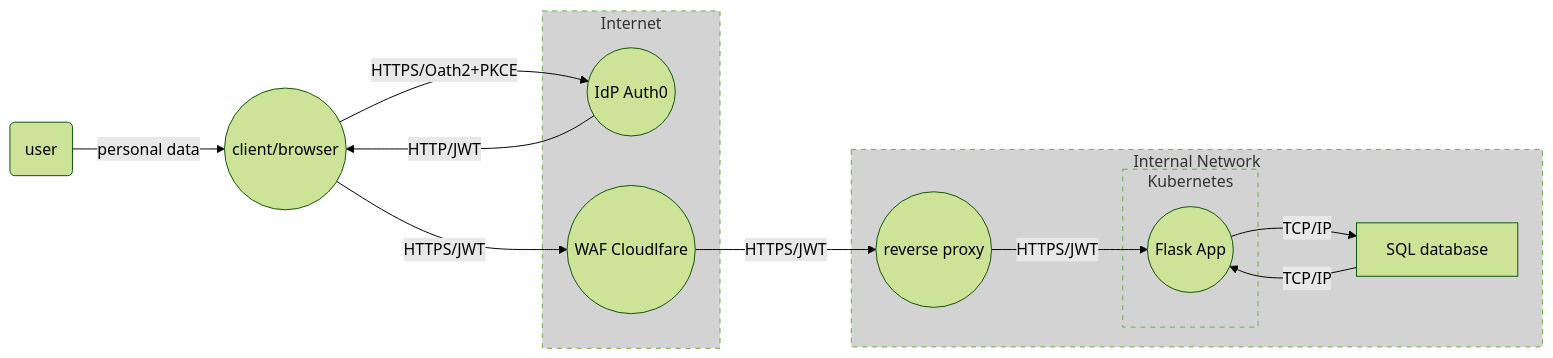
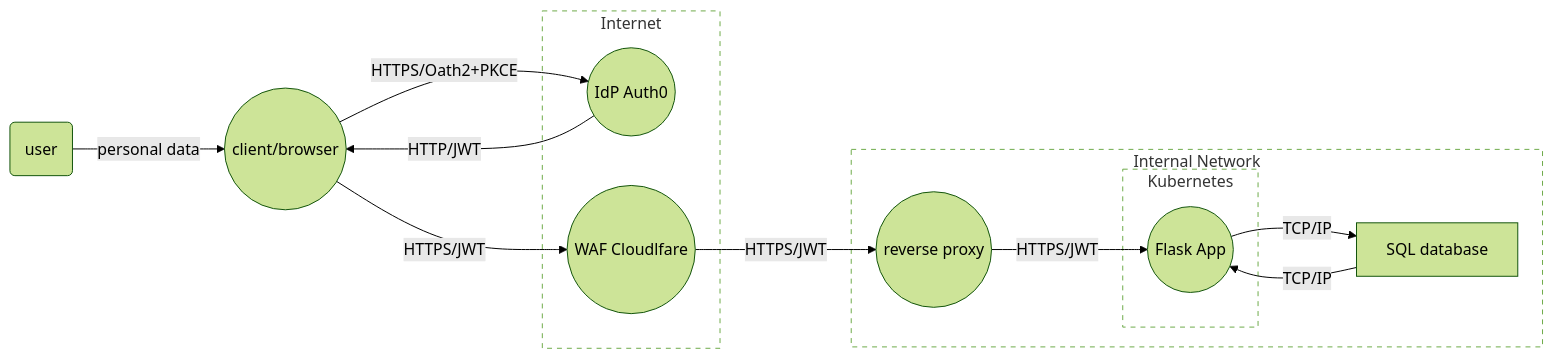
The diagram in mermaid-threat-model.md (hexobandit/knowledge-db), drawn with Mermaid (forest theme) before and after one commit.

````diff
--- a/mermaid-threat-model.md
+++ b/mermaid-threat-model.md
@@ -15,32 +15,32 @@
 ```mermaid
 flowchart LR
     user(user)
     client((client/browser))
     idp((IdP Auth0))
     waf((WAF Cloudlfare))
     proxy((reverse proxy))
     api((Flask App))
     db[|borders:tb|SQL database]
     user--personal data-->client
     client--HTTPS/Oath2+PKCE-->idp
     idp--HTTP/JWT-->client
     client--HTTPS/JWT-->waf
     subgraph external [Internet]
         waf
         idp
     end
     subgraph internal [Internal Network]
         waf--HTTPS/JWT-->proxy
         proxy--HTTPS/JWT-->api
         subgraph k8s [Kubernetes]
             api
         end
         db--TCP/IP-->api
         api--TCP/IP-->db
     end
-    classDef boundary fill:lightgrey,stroke-dasharray: 5 5
+    classDef boundary fill:none,stroke-dasharray: 5 5
     external:::boundary
     internal:::boundary
     k8s:::boundary
     
 ```
````
